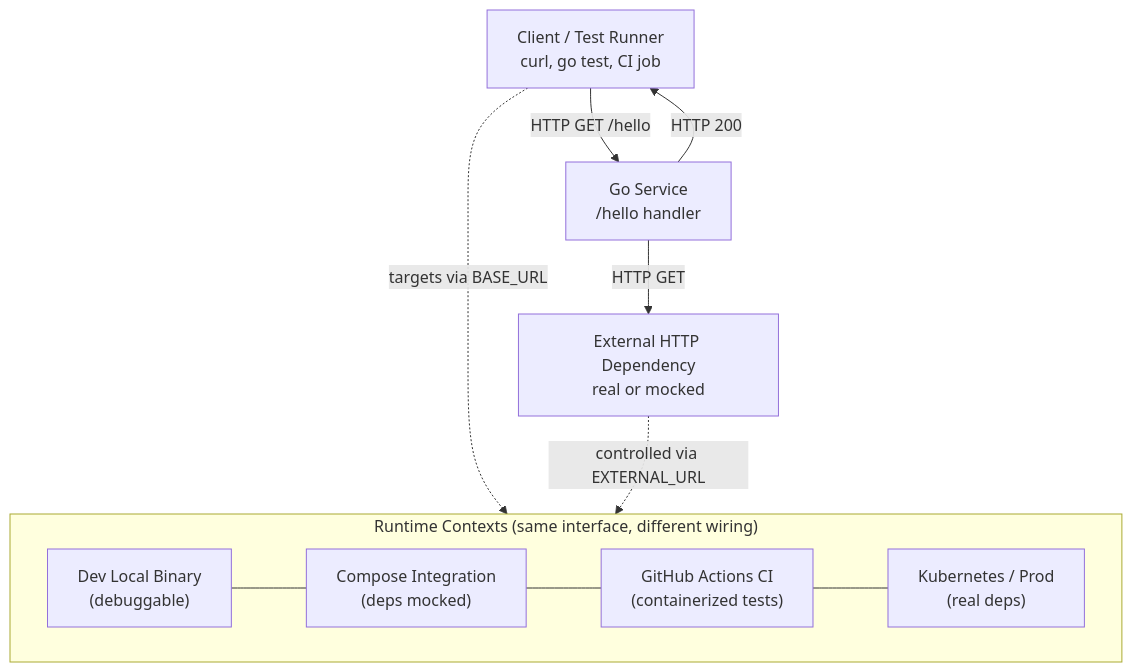
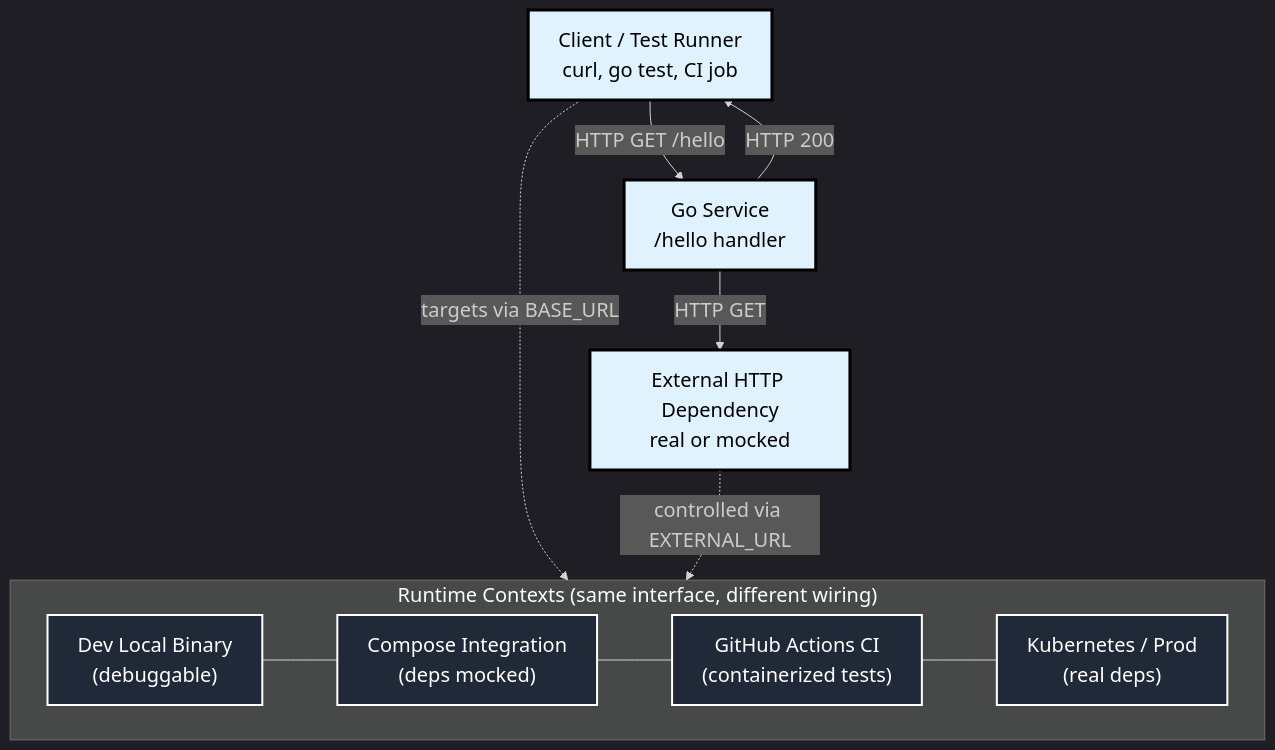
One commit to cazlo/go-outside-in-testing-strategy-example changed the second of 4 diagrams in docs/architecture.md. Above: the diagram before and after it, drawn with Mermaid. The commit also changed other lines of this file and 1 other file, not shown here.

````diff
--- a/docs/architecture.md
+++ b/docs/architecture.md
@@ -36,17 +46,23 @@
 ```mermaid
-
+%%{init: {'theme': 'dark', 'themeVariables': { 'fontSize': '20px', 'fontFamily': 'arial'}}}%%
 flowchart TB
   Client[Client / Test Runner<br/>curl, go test, CI job] -->|HTTP GET /hello| Svc[Go Service<br/>/hello handler]
   Svc -->|HTTP GET| Ext[External HTTP Dependency<br/>real or mocked]
   Svc -->|HTTP 200| Client
 
   subgraph Contexts["`Runtime Contexts (same interface, different wiring)`"]
     direction LR
     Dev["`Dev Local Binary<br/>(debuggable)`"] --- IT["`Compose Integration<br/>(deps mocked)`"]
     IT --- CI["`GitHub Actions CI<br/>(containerized tests)`"]
     CI --- K8S["`Kubernetes / Prod<br/>(real deps)`"]
   end
 
   Client -. targets via BASE_URL .-> Contexts
   Ext -. controlled via EXTERNAL_URL .-> Contexts
+
+  classDef default fill:#1F2937,stroke:#FFFFFF,stroke-width:2px,color:#FFFFFF
+  classDef highlight fill:#E0F2FE,stroke:#000000,stroke-width:3px,color:#000000
+  
+  class Client,Svc,Ext highlight
+  class Dev,IT,CI,K8S default
 ```
````
